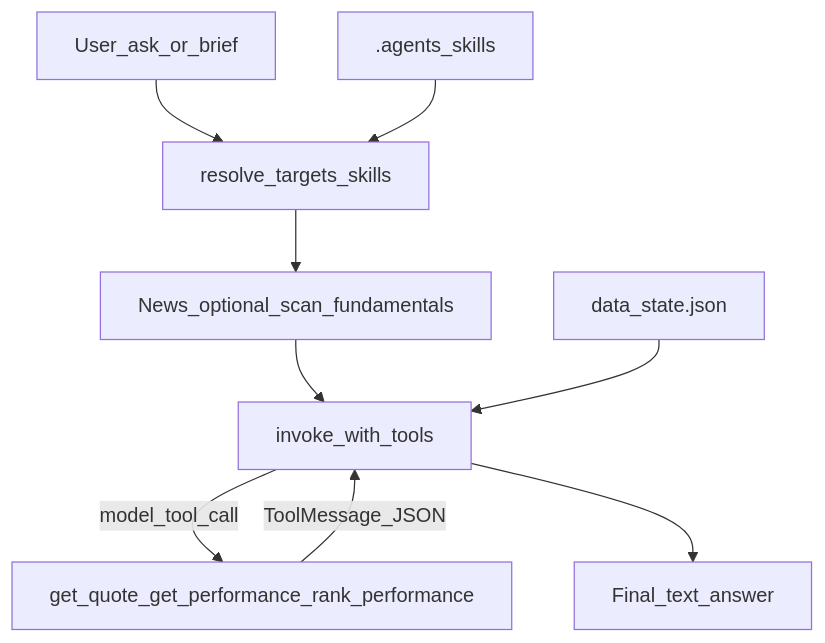
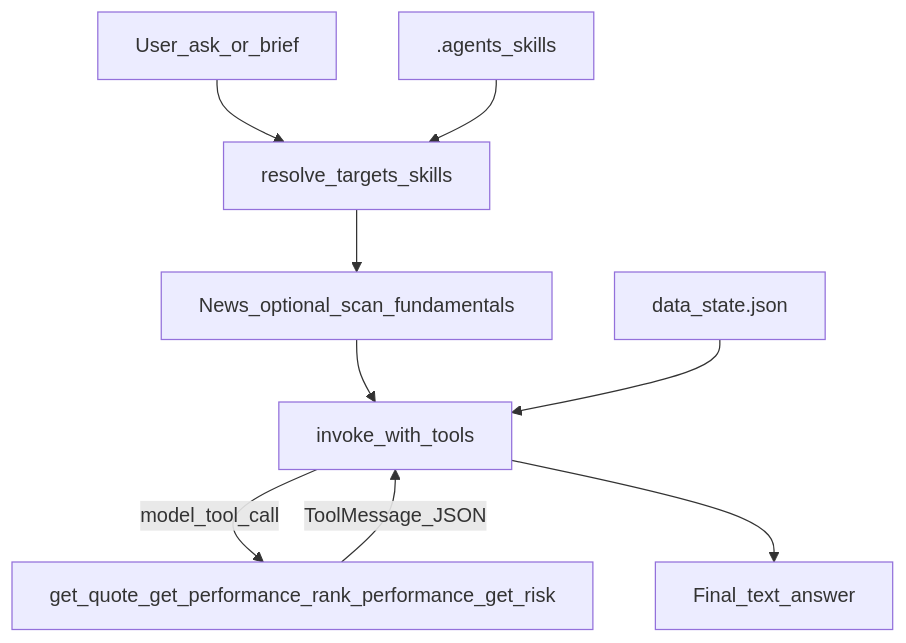
One commit to giannisalinetti/personal-investment-assistant changed the fifth of 6 diagrams in docs/agent_architecture.md. Above: the diagram before and after it, drawn with Mermaid. The commit also changed other lines of this file and 16 other files, not shown here.

````diff
--- a/docs/agent_architecture.md
+++ b/docs/agent_architecture.md
@@ -122,14 +122,14 @@
 ```mermaid
 flowchart TB
   ask[User_ask_or_brief]
   resolve[resolve_targets_skills]
   fetch[News_optional_scan_fundamentals]
   loop[invoke_with_tools]
   ask --> resolve --> fetch --> loop
   stateFile[data_state.json] --> loop
   skills[.agents_skills] --> resolve
-  tools[get_quote_get_performance_rank_performance]
+  tools[get_quote_get_performance_rank_performance_get_risk]
   loop -->|"model_tool_call"| tools
   tools -->|"ToolMessage_JSON"| loop
   loop --> answer[Final_text_answer]
 ```
````
